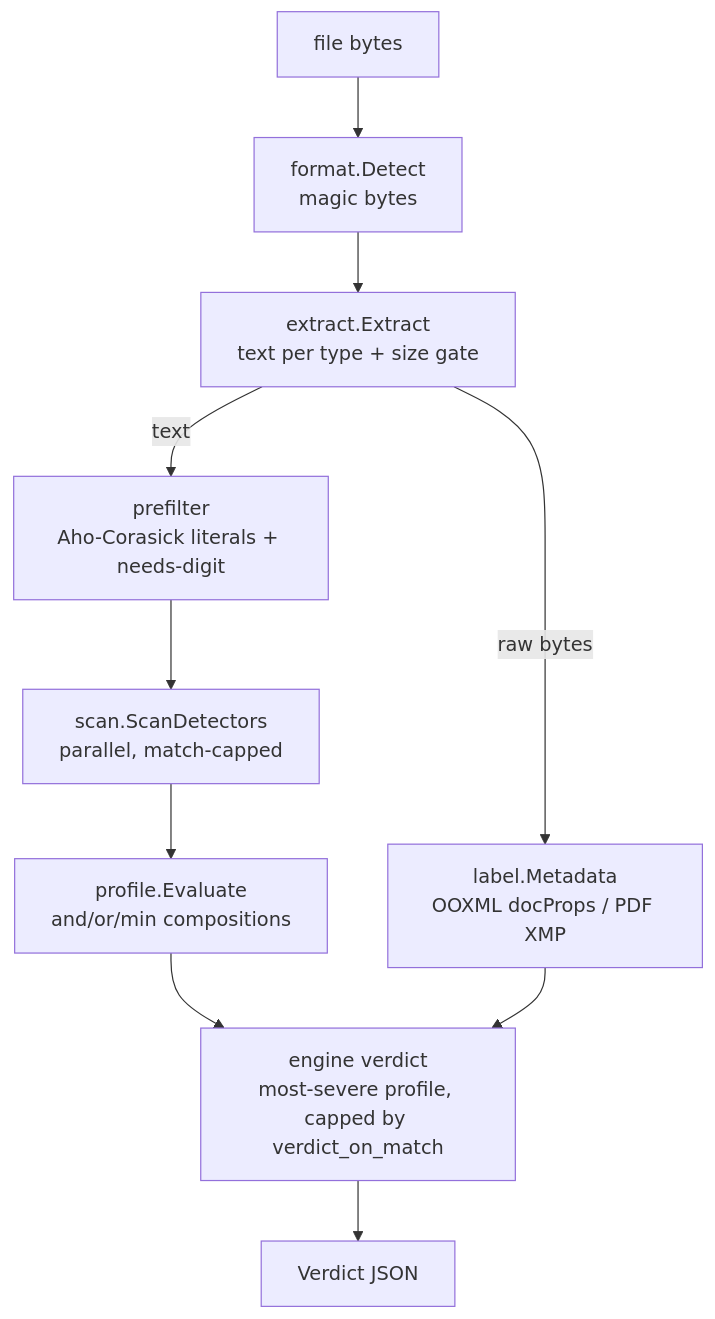
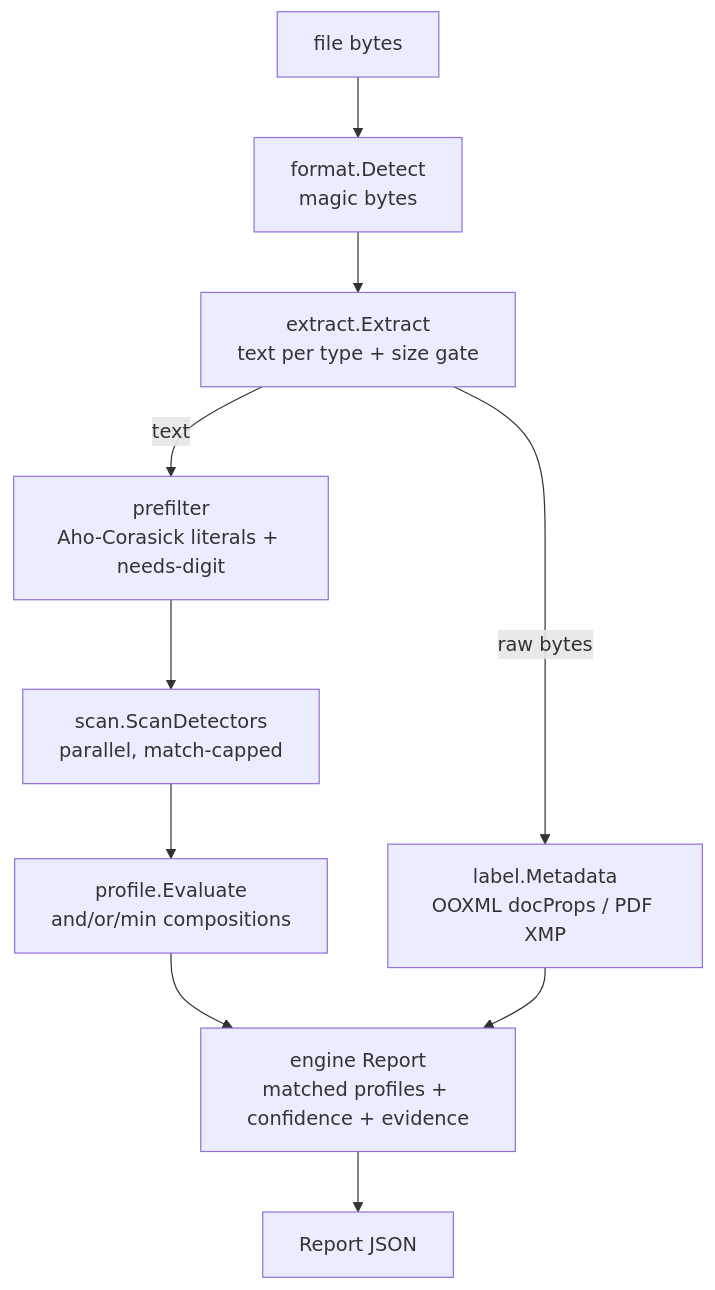
The first of 3 diagrams in docs/architecture.md (bencybrhvn/endpoint-ci), drawn with Mermaid before and after one commit. The commit also changed other lines of this file and 26 other files, not shown here.

First line of the commit message:
feat: report-only engine + source-code detection

````diff
--- a/docs/architecture.md
+++ b/docs/architecture.md
@@ -9,12 +11,12 @@
 ```mermaid
 flowchart TD
     A[file bytes] --> B[format.Detect<br/>magic bytes]
     B --> C[extract.Extract<br/>text per type + size gate]
     C -->|raw bytes| L[label.Metadata<br/>OOXML docProps / PDF XMP]
     C -->|text| P[prefilter<br/>Aho-Corasick literals + needs-digit]
     P --> S[scan.ScanDetectors<br/>parallel, match-capped]
     S --> PR[profile.Evaluate<br/>and/or/min compositions]
-    PR --> V[engine verdict<br/>most-severe profile, capped by verdict_on_match]
+    PR --> V[engine Report<br/>matched profiles + confidence + evidence]
     L --> V
-    V --> O[Verdict JSON]
+    V --> O[Report JSON]
 ```
````
